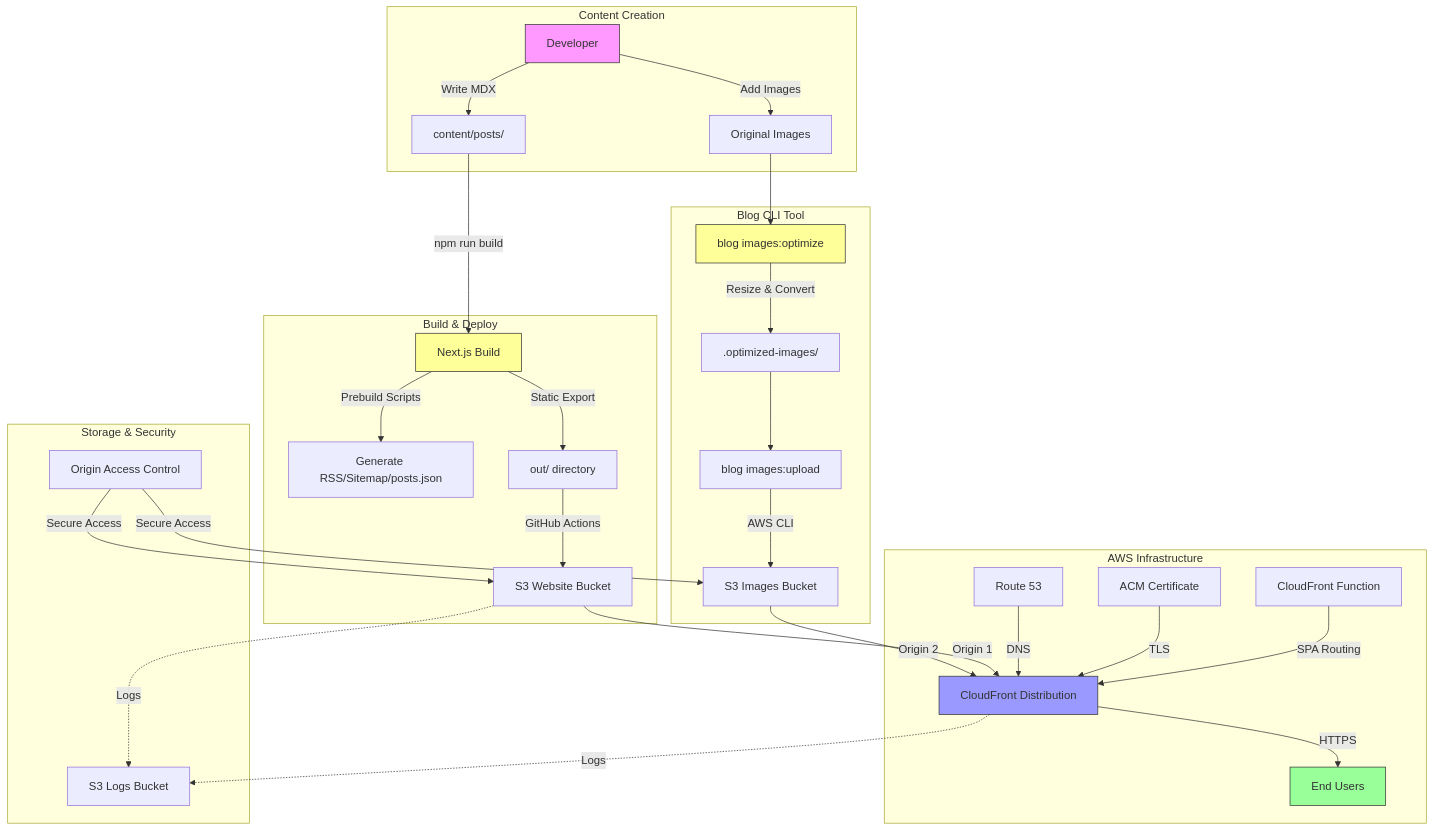
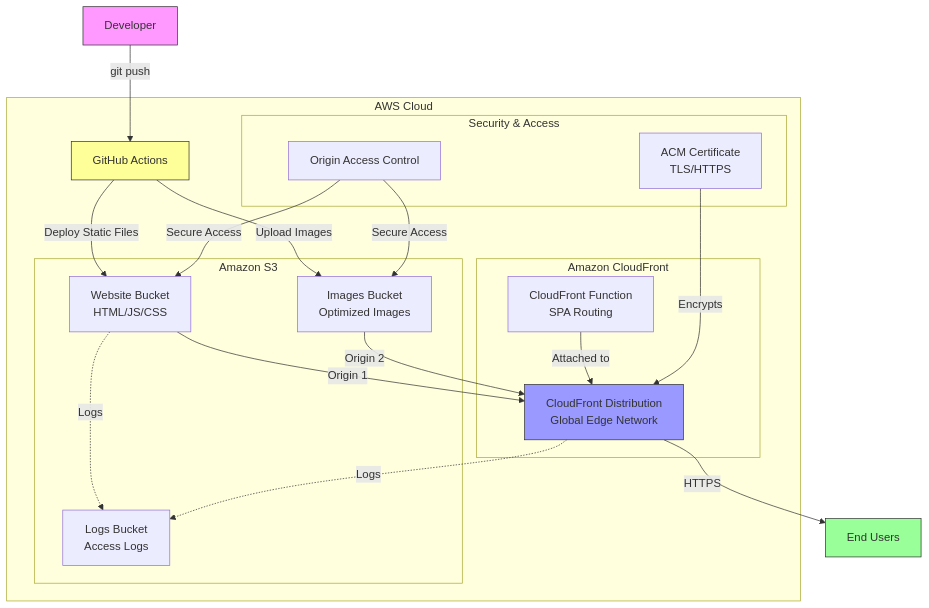
Before and after one commit to micahwalter/micahwalter-www: the diagram in README.md, drawn with Mermaid.

Commit message:
Simplify architecture diagram with AWS logical boundaries
- Focus on AWS infrastructure and production architecture
- Group resources by AWS service boundaries (S3, CloudFront, Security)
- Remove local development workflow details
- Clearer separation of concerns and data flow
- Easier to understand at a glance

````diff
--- a/README.md
+++ b/README.md
@@ -7,43 +7,44 @@
 ```mermaid
 graph TB
-    subgraph "Content Creation"
-        A[Developer] -->|Write MDX| B["content/posts/"]
-        A -->|Add Images| C[Original Images]
+    Developer[Developer] -->|git push| GitHub[GitHub Actions]
+
+    subgraph AWS["AWS Cloud"]
+        subgraph Storage["Amazon S3"]
+            Website[Website Bucket<br/>HTML/JS/CSS]
+            Images[Images Bucket<br/>Optimized Images]
+            Logs[Logs Bucket<br/>Access Logs]
+        end
+
+        subgraph CDN["Amazon CloudFront"]
+            Distribution[CloudFront Distribution<br/>Global Edge Network]
+            Function[CloudFront Function<br/>SPA Routing]
+        end
+
+        subgraph Security["Security & Access"]
+            OAC[Origin Access Control]
+            TLS[ACM Certificate<br/>TLS/HTTPS]
+        end
+
+        GitHub -->|Deploy Static Files| Website
+        GitHub -->|Upload Images| Images
+
+        OAC -->|Secure Access| Website
+        OAC -->|Secure Access| Images
+
+        Website -->|Origin 1| Distribution
+        Images -->|Origin 2| Distribution
+
+        Function -->|Attached to| Distribution
+        TLS -->|Encrypts| Distribution
+
+        Website -.Logs.-> Logs
+        Distribution -.Logs.-> Logs
     end
 
-    subgraph "Blog CLI Tool"
-        D["blog images:optimize"] -->|Resize & Convert| E[".optimized-images/"]
-        C --> D
-        E --> F["blog images:upload"]
-        F -->|AWS CLI| G[S3 Images Bucket]
-    end
+    Distribution -->|HTTPS| Users[End Users]
 
-    subgraph "Build & Deploy"
-        B -->|npm run build| H[Next.js Build]
-        H -->|Prebuild Scripts| I[Generate RSS/Sitemap/posts.json]
-        H -->|Static Export| J["out/ directory"]
-        J -->|GitHub Actions| K[S3 Website Bucket]
-    end
-
-    subgraph "AWS Infrastructure"
-        G -->|Origin 2| L[CloudFront Distribution]
-        K -->|Origin 1| L
-        L -->|HTTPS| M[End Users]
-        N[Route 53] -->|DNS| L
-        O[ACM Certificate] -->|TLS| L
-        P[CloudFront Function] -->|SPA Routing| L
-    end
-
-    subgraph "Storage & Security"
-        K -.Logs.-> Q[S3 Logs Bucket]
-        L -.Logs.-> Q
-        R[Origin Access Control] -->|Secure Access| K
-        R -->|Secure Access| G
-    end
-
-    style A fill:#f9f,stroke:#333
-    style M fill:#9f9,stroke:#333
-    style L fill:#99f,stroke:#333
-    style D fill:#ff9,stroke:#333
-    style H fill:#ff9,stroke:#333
+    style Developer fill:#f9f,stroke:#333
+    style Users fill:#9f9,stroke:#333
+    style Distribution fill:#99f,stroke:#333
+    style GitHub fill:#ff9,stroke:#333
 ```
````
